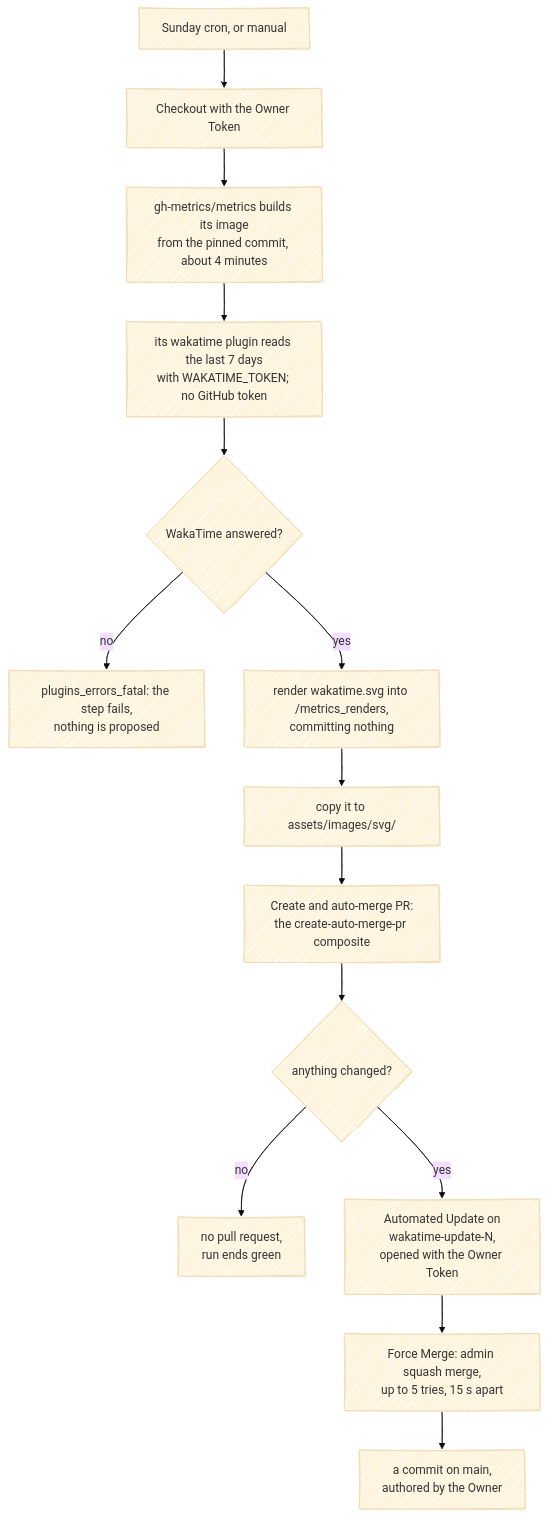
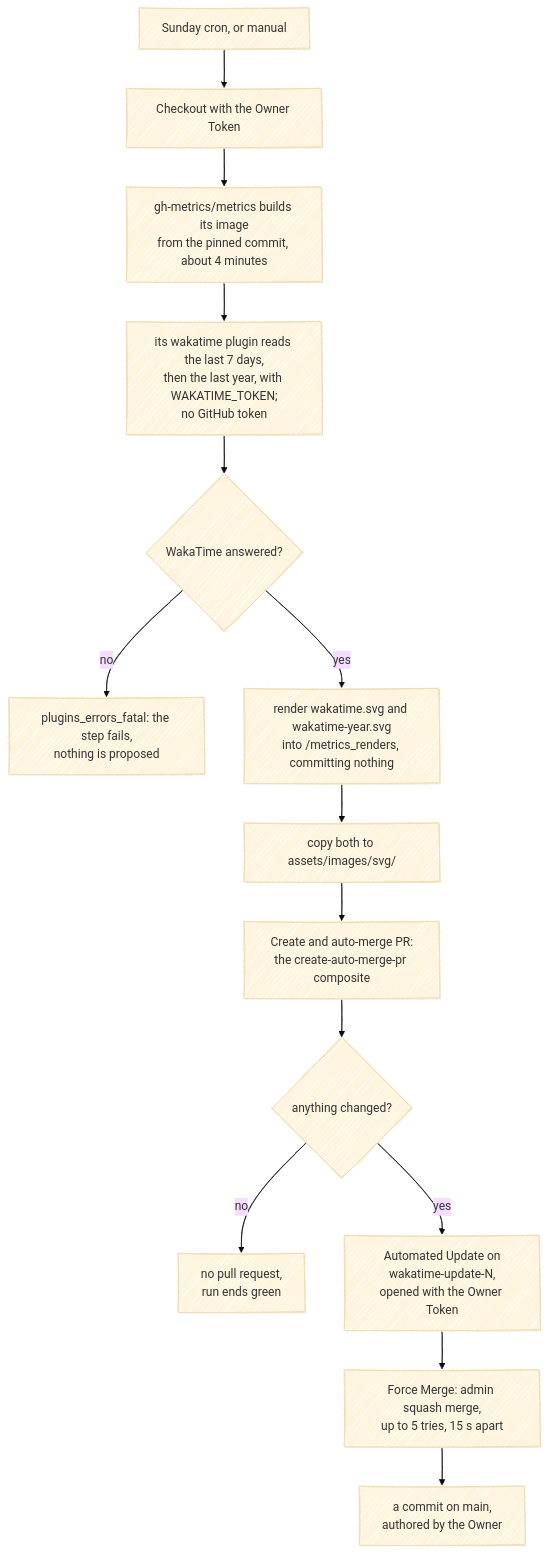
Before and after one commit to fbuireu/fbuireu: the third of 9 diagrams in ARCHITECTURE.md, drawn with Mermaid (base theme). The commit also changed other lines of this file and 9 other files, not shown here.

First line of the commit message:
feat: add a yearly WakaTime card and show up to eight entries per graph

````diff
--- a/ARCHITECTURE.md
+++ b/ARCHITECTURE.md
@@ -137,21 +138,21 @@
 ```mermaid
 ---
 config:
   look: handDrawn
   layout: dagre
 ---
 flowchart TD
     cron["Sunday cron, or manual"] --> checkout["Checkout with the Owner Token"]
     checkout --> build["gh-metrics/metrics builds its image<br/>from the pinned commit, about 4 minutes"]
-    build --> fetch["its wakatime plugin reads the last 7 days<br/>with WAKATIME_TOKEN; no GitHub token"]
+    build --> fetch["its wakatime plugin reads the last 7 days,<br/>then the last year, with WAKATIME_TOKEN;<br/>no GitHub token"]
     fetch --> answered{"WakaTime answered?"}
     answered -->|no| failed["plugins_errors_fatal: the step fails,<br/>nothing is proposed"]
-    answered -->|yes| render["render wakatime.svg into /metrics_renders,<br/>committing nothing"]
-    render --> copy["copy it to assets/images/svg/"]
+    answered -->|yes| render["render wakatime.svg and wakatime-year.svg<br/>into /metrics_renders, committing nothing"]
+    render --> copy["copy both to assets/images/svg/"]
     copy --> composite["Create and auto-merge PR:<br/>the create-auto-merge-pr composite"]
     composite --> diff{"anything changed?"}
     diff -->|no| none["no pull request,<br/>run ends green"]
     diff -->|yes| pr["Automated Update on<br/>wakatime-update-N,<br/>opened with the Owner Token"]
     pr --> merge["Force Merge: admin squash merge,<br/>up to 5 tries, 15 s apart"]
     merge --> main["a commit on main,<br/>authored by the Owner"]
 ```
````
